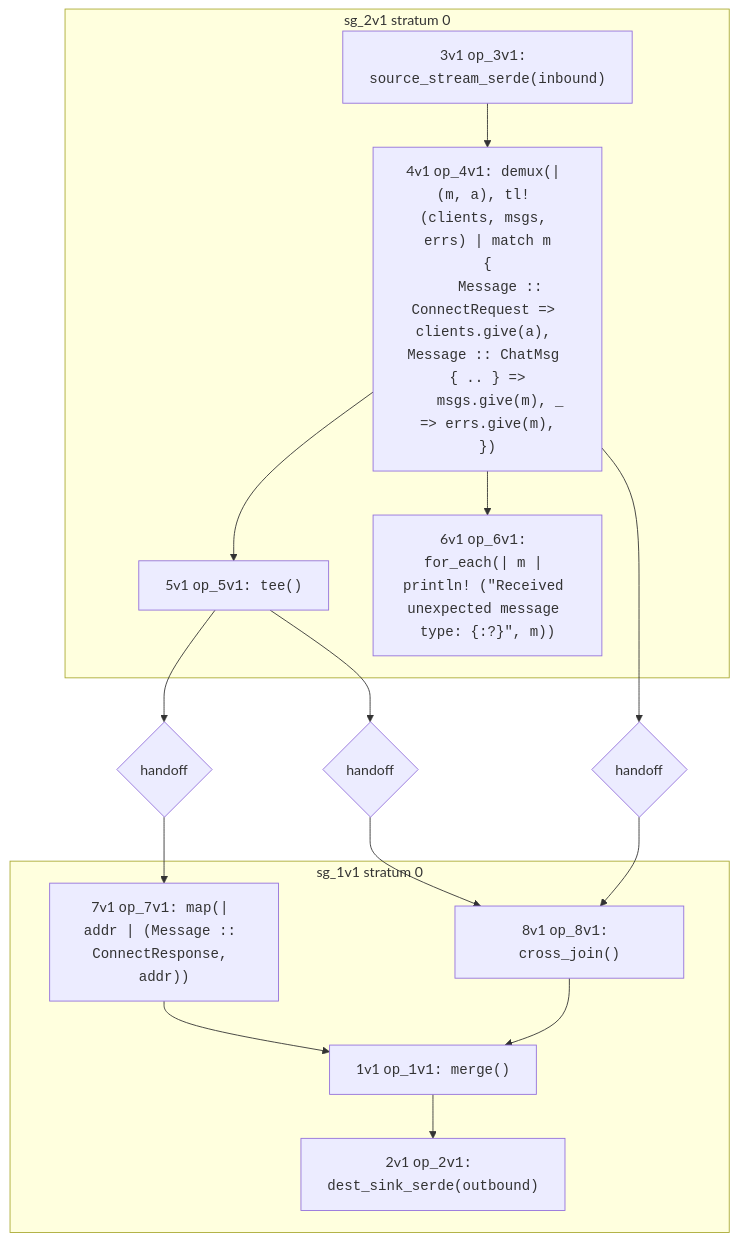
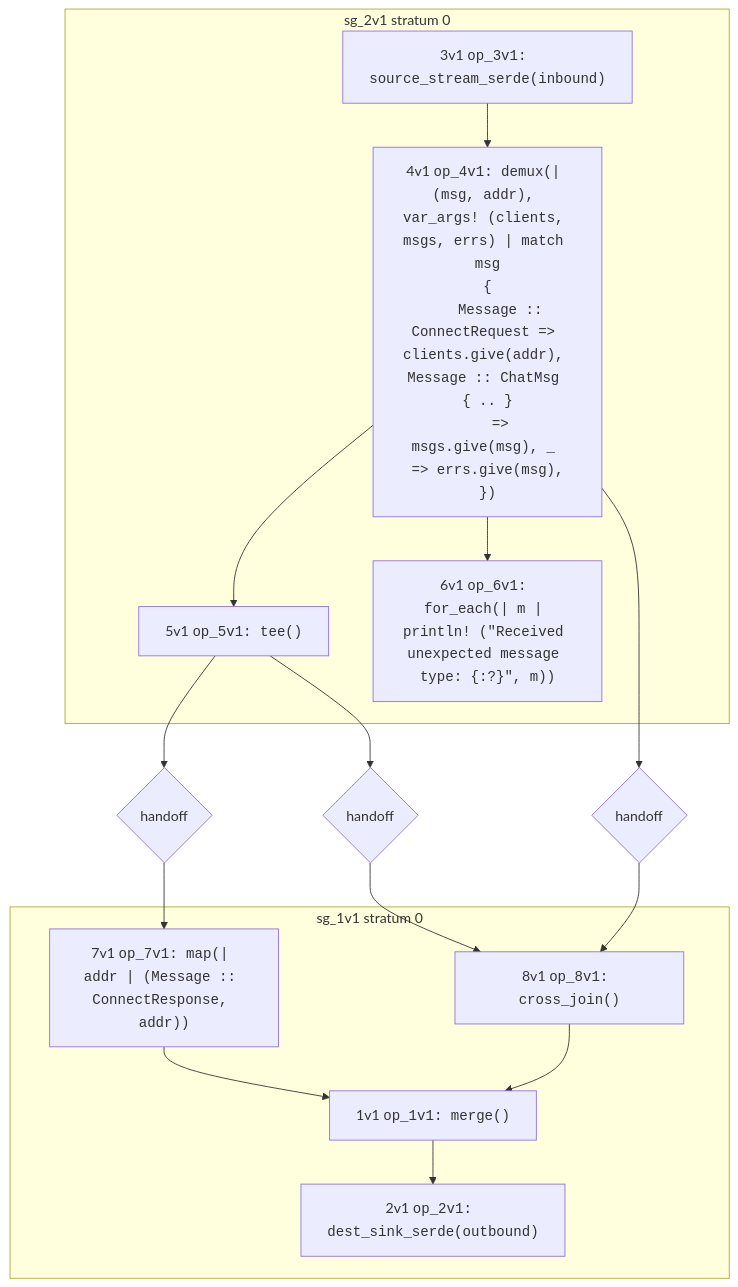
The first of 2 diagrams in book/example_8_chat_server.md (nickjiang2378/hydroflow), drawn with Mermaid before and after one commit. The commit also changed other lines of this file and 9 other files, not shown here.

````diff
--- a/book/example_8_chat_server.md
+++ b/book/example_8_chat_server.md
@@ -198,32 +184,32 @@
 ```mermaid
 flowchart TB
     subgraph "sg_1v1 stratum 0"
         7v1["7v1 <tt>op_7v1: map(| addr | (Message :: ConnectResponse, addr))</tt>"]
         8v1["8v1 <tt>op_8v1: cross_join()</tt>"]
         1v1["1v1 <tt>op_1v1: merge()</tt>"]
         2v1["2v1 <tt>op_2v1: dest_sink_serde(outbound)</tt>"]
     end
     subgraph "sg_2v1 stratum 0"
         3v1["3v1 <tt>op_3v1: source_stream_serde(inbound)</tt>"]
-        4v1["4v1 <tt>op_4v1: demux(| (m, a), tl! (clients, msgs, errs) | match m<br>{<br>    Message :: ConnectRequest =&gt; clients.give(a), Message :: ChatMsg { .. } =&gt;<br>    msgs.give(m), _ =&gt; errs.give(m),<br>})</tt>"]
+        4v1["4v1 <tt>op_4v1: demux(| (msg, addr), var_args! (clients, msgs, errs) | match msg<br>{<br>    Message :: ConnectRequest =&gt; clients.give(addr), Message :: ChatMsg { .. }<br>    =&gt; msgs.give(msg), _ =&gt; errs.give(msg),<br>})</tt>"]
         5v1["5v1 <tt>op_5v1: tee()</tt>"]
         6v1["6v1 <tt>op_6v1: for_each(| m | println! (&quot;Received unexpected message type: {:?}&quot;, m))</tt>"]
     end
 
     9v1{"handoff"}
     10v1{"handoff"}
     11v1{"handoff"}
 
     1v1-->2v1
     3v1-->4v1
     4v1-->5v1
     4v1-->6v1
     4v1-->10v1
     5v1-->9v1
     5v1-->11v1
     7v1-->1v1
     8v1-->1v1
     9v1-->7v1
     10v1-->8v1
     11v1-->8v1
 ```
````
